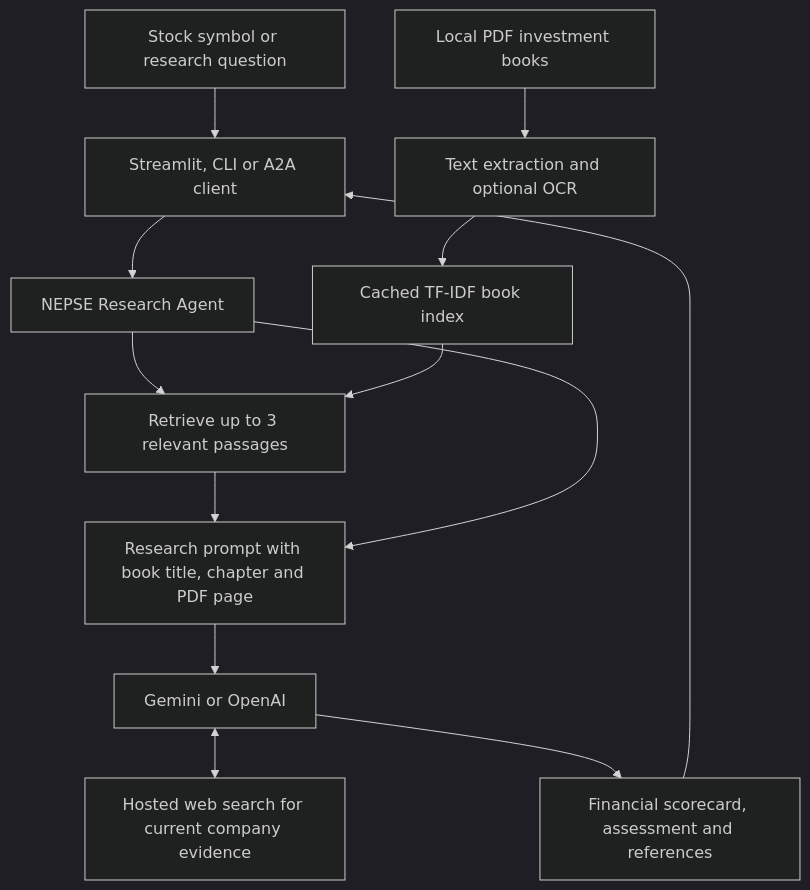
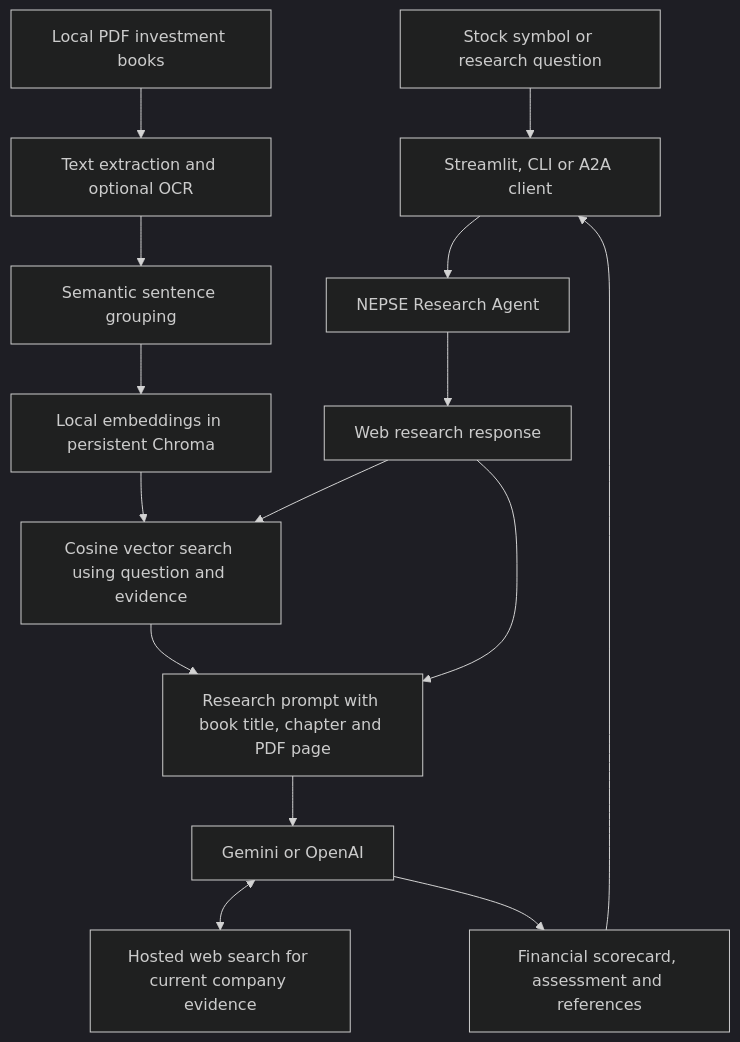
The diagram in README.md (Dhakal29/stocks-research-agent), drawn with Mermaid (dark theme) before and after one commit. The commit also changed other lines of this file and 9 other files, not shown here.

Commit message:
feat: add semantic book retrieval and Gemini retries

````diff
--- a/README.md
+++ b/README.md
@@ -18,15 +18,17 @@
 ```mermaid
 flowchart TD
     User[Stock symbol or research question] --> Interface[Streamlit, CLI or A2A client]
     Interface --> Agent[NEPSE Research Agent]
     Books[Local PDF investment books] --> Extract[Text extraction and optional OCR]
-    Extract --> Index[Cached TF-IDF book index]
-    Agent --> Retrieve[Retrieve up to 3 relevant passages]
+    Extract --> Chunk[Semantic sentence grouping]
+    Chunk --> Index[Local embeddings in persistent Chroma]
+    Agent --> Evidence[Web research response]
+    Evidence --> Retrieve[Cosine vector search using question and evidence]
     Index --> Retrieve
     Retrieve --> Prompt[Research prompt with book title, chapter and PDF page]
-    Agent --> Prompt
+    Evidence --> Prompt
     Prompt --> Model[Gemini or OpenAI]
     Model <--> Search[Hosted web search for current company evidence]
     Model --> Report[Financial scorecard, assessment and references]
     Report --> Interface
 ```
````
